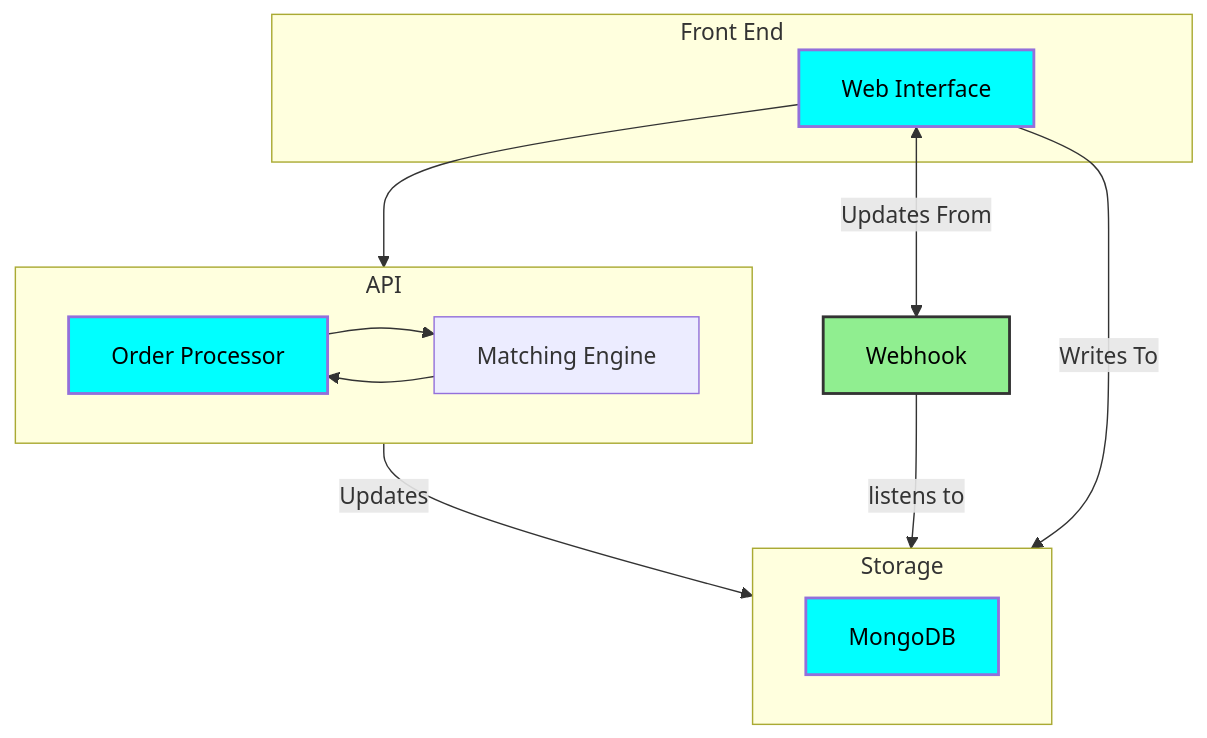
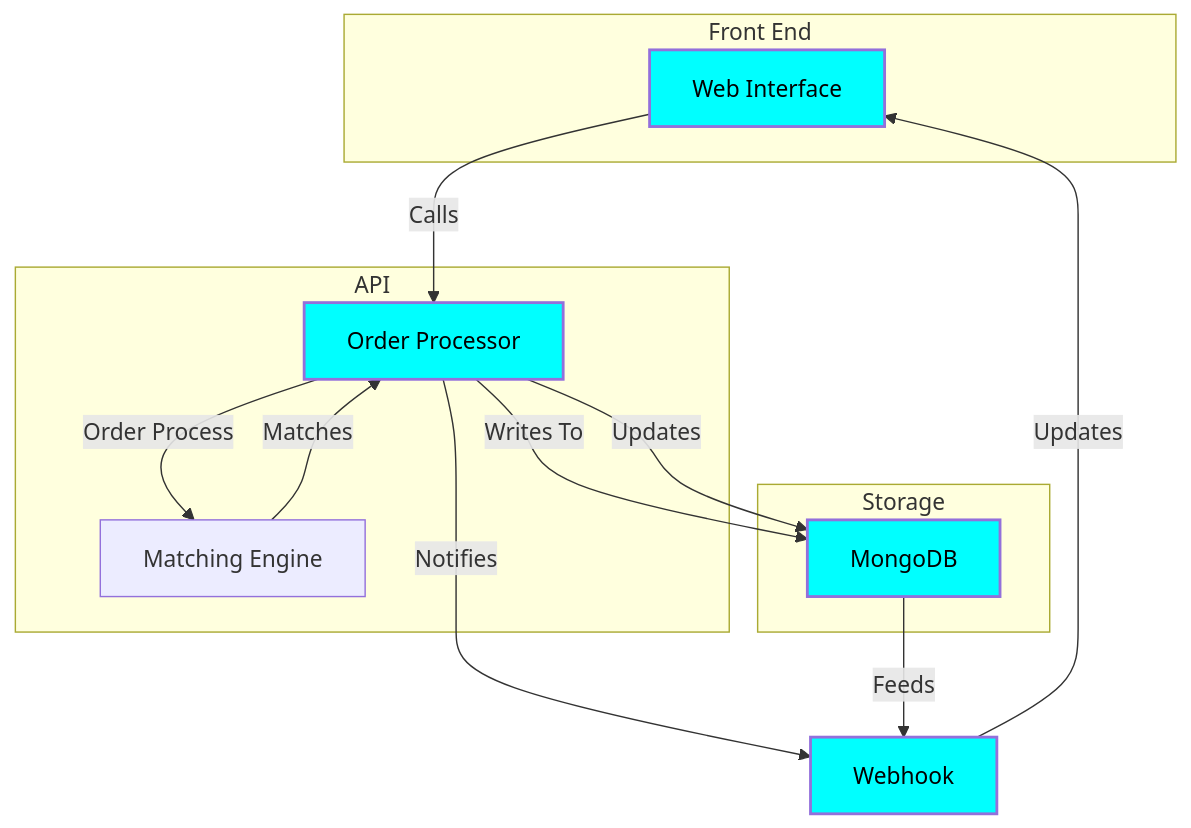
Before and after one commit to PerkinsDan/trading-platform: the diagram in Documentation/ArchitectureDiagramDocs.md, drawn with Mermaid.

Commit message:
Fix architecture diagram

````diff
--- a/Documentation/ArchitectureDiagramDocs.md
+++ b/Documentation/ArchitectureDiagramDocs.md
@@ -1,28 +1,29 @@
 ```mermaid
 graph TD;
-    subgraph Front End
+    subgraph "Front End"
         A[Web Interface]
     end
 
     subgraph API
-        B --> C[Matching Engine]
-        C --> B[Order Processor]
+        B[Order Processor]
+        C[Matching Engine]
     end
 
     subgraph Storage
         D[MongoDB]
     end
 
-    A --> API
-    API--> |Updates| Storage
+    A -->|Calls| B
+    B -->|Order Process| C
+    C -->|Matches| B
+    B -->|Writes To| D
+    B -->|Updates| D
+    B -->|Notifies| E[Webhook]
 
-    E[Webhook] --> |listens to| Storage
-    A <--> |Updates From| E[Webhook]
-    A --> |Writes To| Storage 
-    
+    D -->|Feeds| E
+    E -->|Updates| A
 
     classDef cloud fill:#00FFFF,stroke:#00000,stroke-width:2px,color:#000000;
-    classDef listens fill:#90EE90,stroke:#333,stroke-width:2px, color: #000000;
-    class A,B,D cloud;
-    class E listens;
+    class A,B,D,E cloud;
+
 ```
````
